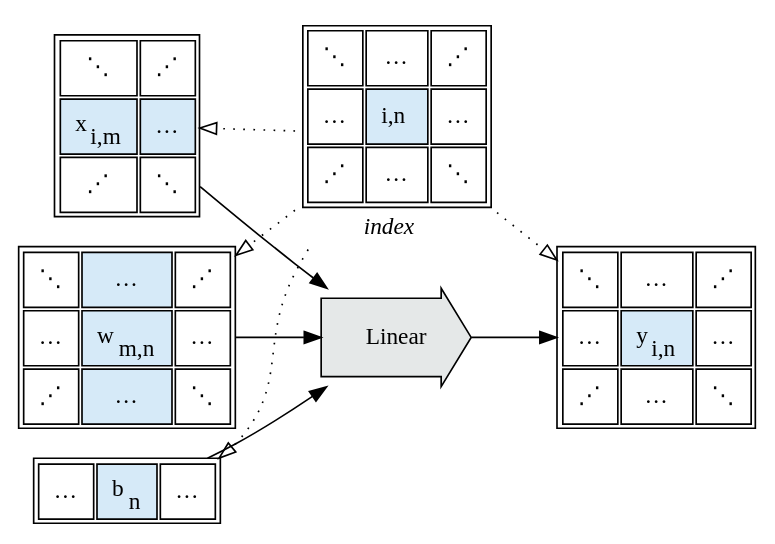
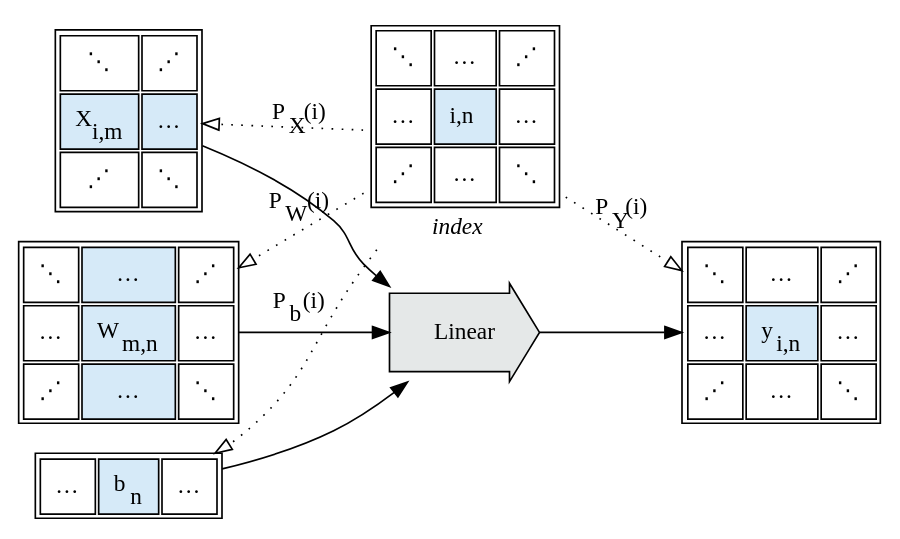
The fifth of 9 diagrams in source/_posts/blog/2022/12/Index-Projection-Functions.md (crutcher/crutcher.github.io-source), drawn with Graphviz before and after one commit. The commit also changed other lines of this file and 1 other file, not shown here.

```diff
--- a/source/_posts/blog/2022/12/Index-Projection-Functions.md
+++ b/source/_posts/blog/2022/12/Index-Projection-Functions.md
@@ -78,7 +433,7 @@
                 <td>⋰</td>
                 </tr>
             <tr>
-                <td bgcolor="#D6EAF8">x<sub>i,m</sub></td>
+                <td bgcolor="#D6EAF8">X<sub>i,m</sub></td>
                 <td bgcolor="#D6EAF8">…</td>
                 </tr>
             <tr>
@@ -100,7 +455,7 @@
                 </tr>
             <tr>
                 <td>…</td>
-                <td bgcolor="#D6EAF8">w<sub>m,n</sub></td>
+                <td bgcolor="#D6EAF8">W<sub>m,n</sub></td>
                 <td>…</td>
                 </tr>
             <tr>
@@ -112,7 +467,6 @@
         >,
     ];
 
-    op [label="Linear", shape="rarrow", margin=0.3];
     op [
         label=Linear,
         shape=rarrow,
@@ -164,10 +518,10 @@
     w -> op;
     b -> op;
 
-    idx -> x [constraint=false, style=dotted, arrowhead=empty];
-    idx -> w [constraint=false, style=dotted, arrowhead=empty];
-    idx -> b [constraint=false, style=dotted, arrowhead=empty, spline=false];
-    idx -> y [constraint=false, style=dotted, arrowhead=empty];
+    idx -> x [label=<P<sub>X</sub>(i)>, constraint=false, style=dotted, arrowhead=empty];
+    idx -> w [label=<P<sub>W</sub>(i)>, constraint=false, style=dotted, arrowhead=empty];
+    idx -> b [label=<P<sub>b</sub>(i)>, constraint=false, style=dotted, arrowhead=empty];
+    idx -> y [label=<P<sub>Y</sub>(i)>, constraint=false, style=dotted, arrowhead=empty];
 
     { rank=same; op; idx; }
 }
```
